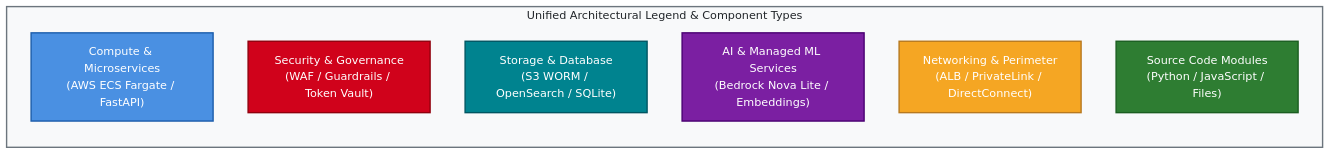
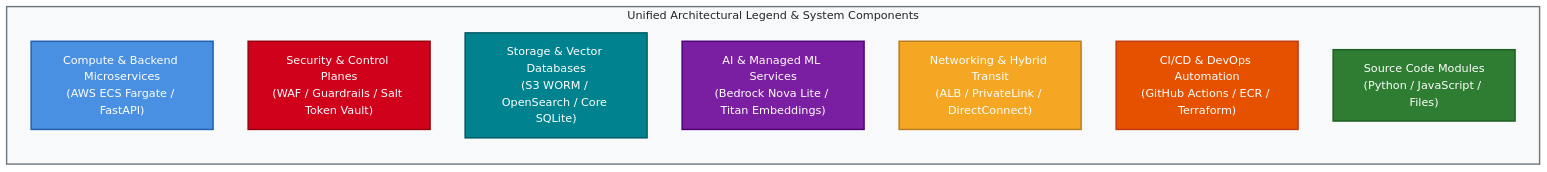
Before and after one commit to minddrop/bank-ai-chat: the first of 4 diagrams in docs/aws_architecture_governance_and_expert_review.md, drawn with Mermaid. The commit also changed other lines of this file and 2 other files, not shown here.

Commit message:
docs(architecture): add unified AWS architecture, governance control plane, source code mapping, and expert reviews

````diff
--- a/docs/aws_architecture_governance_and_expert_review.md
+++ b/docs/aws_architecture_governance_and_expert_review.md
@@ -18,27 +24,30 @@
 ```mermaid
 graph LR
-    subgraph LEGEND["Unified Architectural Legend & Component Types"]
+    subgraph LEGEND["Unified Architectural Legend & System Components"]
         style LEGEND fill:#F8F9FA,stroke:#6C757D,stroke-width:2px,color:#212529
         
-        N_COMPUTE["Compute & Microservices<br/>(AWS ECS Fargate / FastAPI)"]
-        N_SECURITY["Security & Governance<br/>(WAF / Guardrails / Token Vault)"]
-        N_STORAGE["Storage & Database<br/>(S3 WORM / OpenSearch / SQLite)"]
-        N_AI["AI & Managed ML Services<br/>(Bedrock Nova Lite / Embeddings)"]
-        N_NETWORK["Networking & Perimeter<br/>(ALB / PrivateLink / DirectConnect)"]
+        N_COMPUTE["Compute & Backend Microservices<br/>(AWS ECS Fargate / FastAPI)"]
+        N_SECURITY["Security & Control Planes<br/>(WAF / Guardrails / Salt Token Vault)"]
+        N_STORAGE["Storage & Vector Databases<br/>(S3 WORM / OpenSearch / Core SQLite)"]
+        N_AI["AI & Managed ML Services<br/>(Bedrock Nova Lite / Titan Embeddings)"]
+        N_NETWORK["Networking & Hybrid Transit<br/>(ALB / PrivateLink / DirectConnect)"]
+        N_DEVOPS["CI/CD & DevOps Automation<br/>(GitHub Actions / ECR / Terraform)"]
         N_CODE["Source Code Modules<br/>(Python / JavaScript / Files)"]
     end
 
     classDef compute fill:#4A90E2,stroke:#1C5DAB,stroke-width:2px,color:#FFFFFF
     classDef security fill:#D0021B,stroke:#90000D,stroke-width:2px,color:#FFFFFF
     classDef storage fill:#00838F,stroke:#005662,stroke-width:2px,color:#FFFFFF
     classDef ai fill:#7B1FA2,stroke:#4A0072,stroke-width:2px,color:#FFFFFF
     classDef network fill:#F5A623,stroke:#B7791F,stroke-width:2px,color:#FFFFFF
+    classDef devops fill:#E65100,stroke:#BF360C,stroke-width:2px,color:#FFFFFF
     classDef code fill:#2E7D32,stroke:#1B5E20,stroke-width:2px,color:#FFFFFF
 
     class N_COMPUTE compute
     class N_SECURITY security
     class N_STORAGE storage
     class N_AI ai
     class N_NETWORK network
+    class N_DEVOPS devops
     class N_CODE code
 ```
````
